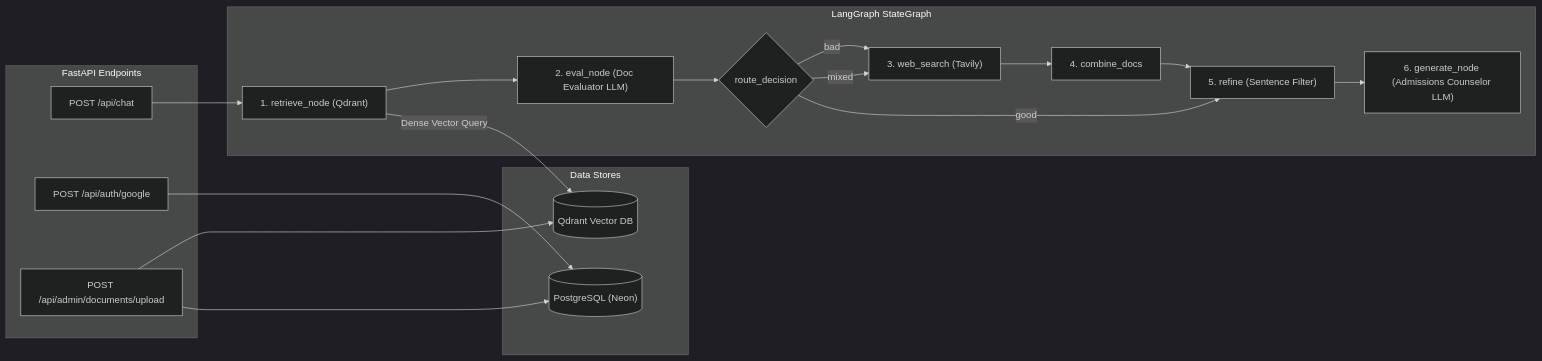
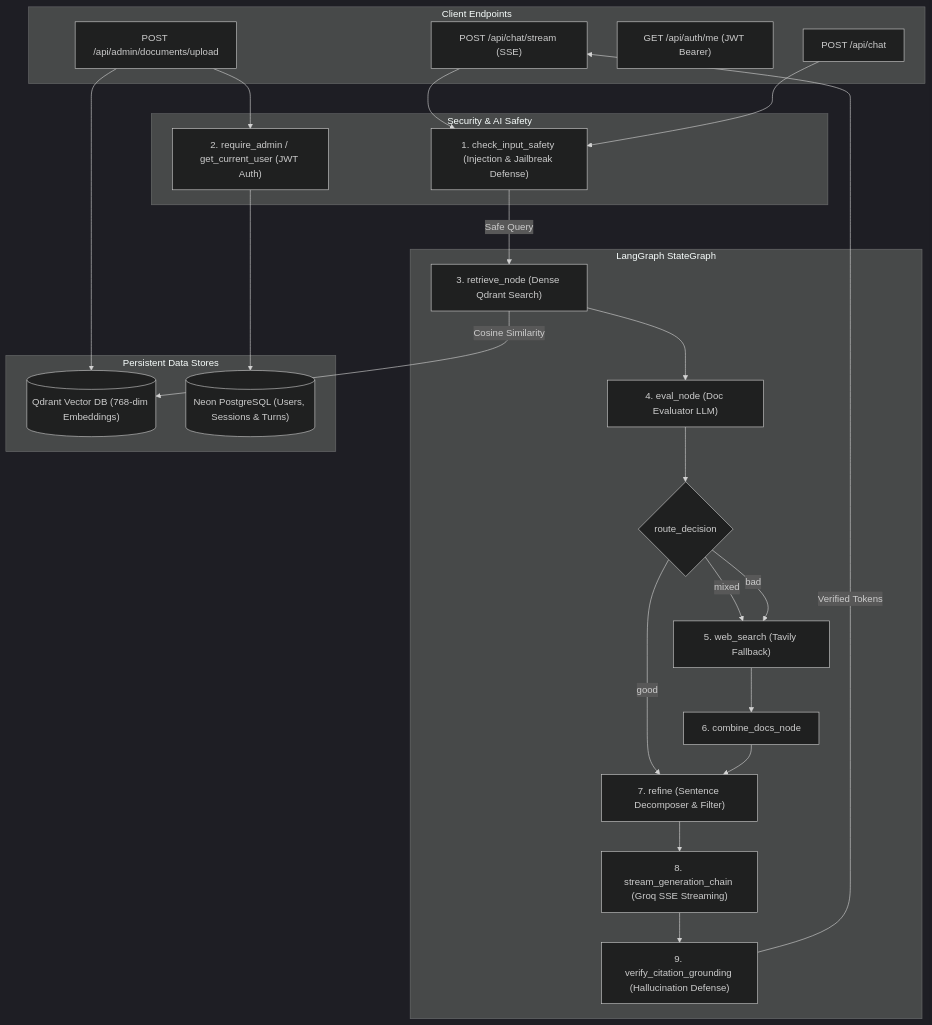
Before and after one commit to Haseebx162006/MentorX: the diagram in mentorx/backend/README.md, drawn with Mermaid (dark theme). The commit also changed other lines of this file and 1 other file, not shown here.

````diff
--- a/mentorx/backend/README.md
+++ b/mentorx/backend/README.md
@@ -9,37 +9,48 @@
 ```mermaid
-graph LR
-    subgraph FastAPI_Endpoints["FastAPI Endpoints"]
-        Chat["POST /api/chat"]
-        Auth["POST /api/auth/google"]
-        Admin["POST /api/admin/documents/upload"]
+graph TD
+    subgraph Client_Requests["Client Endpoints"]
+        StreamChat["POST /api/chat/stream (SSE)"]
+        StandardChat["POST /api/chat"]
+        AuthMe["GET /api/auth/me (JWT Bearer)"]
+        AdminUpload["POST /api/admin/documents/upload"]
+    end
+
+    subgraph Security_Layer["Security & AI Safety"]
+        InputGuard["1. check_input_safety (Injection & Jailbreak Defense)"]
+        RBAC["2. require_admin / get_current_user (JWT Auth)"]
     end
 
     subgraph LangGraph_RAG["LangGraph StateGraph"]
-        Retrieve["1. retrieve_node (Qdrant)"]
-        Eval["2. eval_node (Doc Evaluator LLM)"]
+        Retrieve["3. retrieve_node (Dense Qdrant Search)"]
+        Eval["4. eval_node (Doc Evaluator LLM)"]
         Route{"route_decision"}
-        Web["3. web_search (Tavily)"]
-        Combine["4. combine_docs"]
-        Refine["5. refine (Sentence Filter)"]
-        Gen["6. generate_node (Admissions Counselor LLM)"]
+        Web["5. web_search (Tavily Fallback)"]
+        Combine["6. combine_docs_node"]
+        Refine["7. refine (Sentence Decomposer & Filter)"]
+        StreamGen["8. stream_generation_chain (Groq SSE Streaming)"]
+        CitationGuard["9. verify_citation_grounding (Hallucination Defense)"]
     end
 
-    subgraph Data_Stores["Data Stores"]
-        Qdrant[("Qdrant Vector DB")]
-        Postgres[("PostgreSQL (Neon)")]
+    subgraph Data_Stores["Persistent Data Stores"]
+        Qdrant[("Qdrant Vector DB (768-dim Embeddings)")]
+        NeonPostgres[("Neon PostgreSQL (Users, Sessions & Turns)")]
     end
 
-    Chat --> Retrieve
-    Retrieve -->|Dense Vector Query| Qdrant
+    StreamChat --> InputGuard
+    StandardChat --> InputGuard
+    AdminUpload --> RBAC
+    InputGuard -->|Safe Query| Retrieve
+    Retrieve -->|Cosine Similarity| Qdrant
     Retrieve --> Eval
     Eval --> Route
     Route -->|good| Refine
     Route -->|mixed| Web
     Route -->|bad| Web
     Web --> Combine
     Combine --> Refine
-    Refine --> Gen
-    Auth --> Postgres
-    Admin --> Postgres
-    Admin --> Qdrant
+    Refine --> StreamGen
+    StreamGen --> CitationGuard
+    CitationGuard -->|Verified Tokens| StreamChat
+    RBAC --> NeonPostgres
+    AdminUpload --> Qdrant
 ```
````
